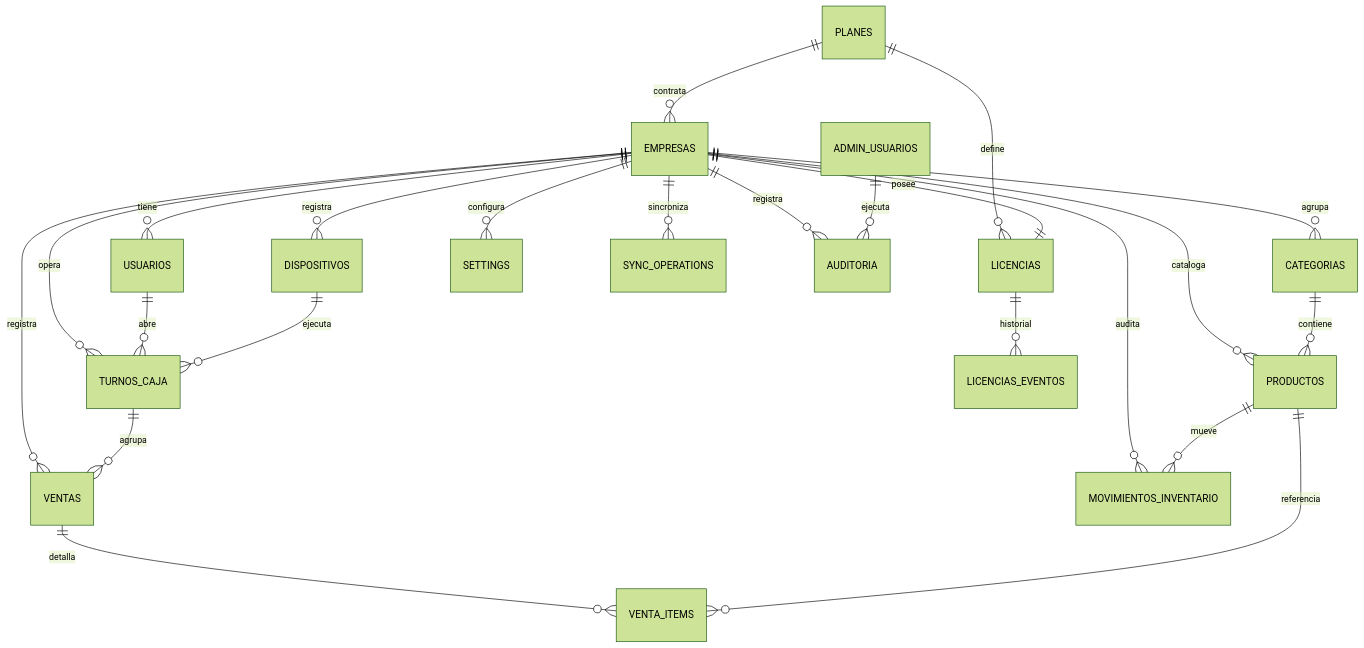
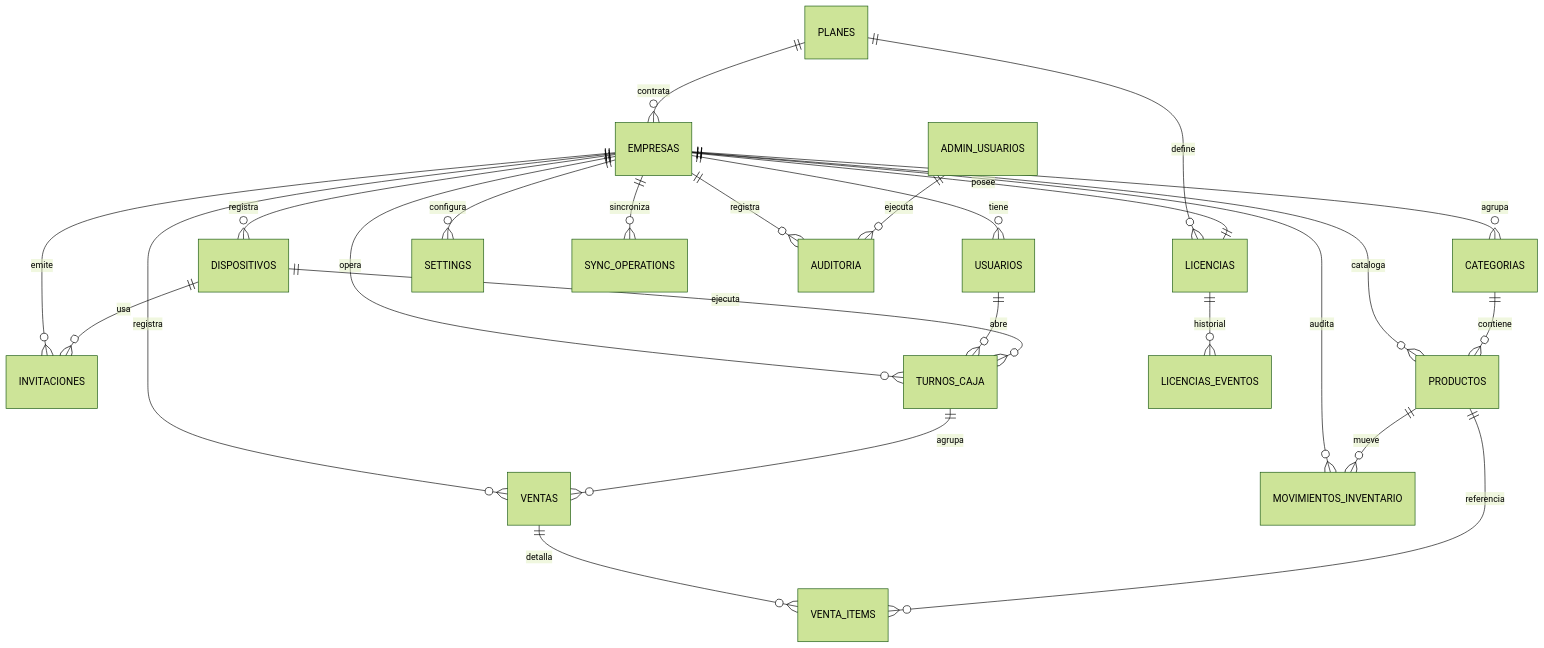
Before and after one commit to norvisyunior/MiCaja: the diagram in docs/MODELO_DATOS.md, drawn with Mermaid (forest theme). The commit also changed other lines of this file and 81 other files, not shown here.

````diff
--- a/docs/MODELO_DATOS.md
+++ b/docs/MODELO_DATOS.md
@@ -7,25 +7,27 @@
 ```mermaid
 erDiagram
   PLANES ||--o{ EMPRESAS : contrata
   PLANES ||--o{ LICENCIAS : define
   EMPRESAS ||--|| LICENCIAS : posee
   EMPRESAS ||--o{ DISPOSITIVOS : registra
+  EMPRESAS ||--o{ INVITACIONES : emite
+  DISPOSITIVOS ||--o{ INVITACIONES : usa
   EMPRESAS ||--o{ USUARIOS : tiene
   EMPRESAS ||--o{ CATEGORIAS : agrupa
   EMPRESAS ||--o{ PRODUCTOS : cataloga
   EMPRESAS ||--o{ TURNOS_CAJA : opera
   EMPRESAS ||--o{ VENTAS : registra
   EMPRESAS ||--o{ MOVIMIENTOS_INVENTARIO : audita
   EMPRESAS ||--o{ SETTINGS : configura
   EMPRESAS ||--o{ SYNC_OPERATIONS : sincroniza
   EMPRESAS ||--o{ AUDITORIA : registra
   CATEGORIAS ||--o{ PRODUCTOS : contiene
   USUARIOS ||--o{ TURNOS_CAJA : abre
   DISPOSITIVOS ||--o{ TURNOS_CAJA : ejecuta
   TURNOS_CAJA ||--o{ VENTAS : agrupa
   VENTAS ||--o{ VENTA_ITEMS : detalla
   PRODUCTOS ||--o{ VENTA_ITEMS : referencia
   PRODUCTOS ||--o{ MOVIMIENTOS_INVENTARIO : mueve
   LICENCIAS ||--o{ LICENCIAS_EVENTOS : historial
   ADMIN_USUARIOS ||--o{ AUDITORIA : ejecuta
 ```
````
